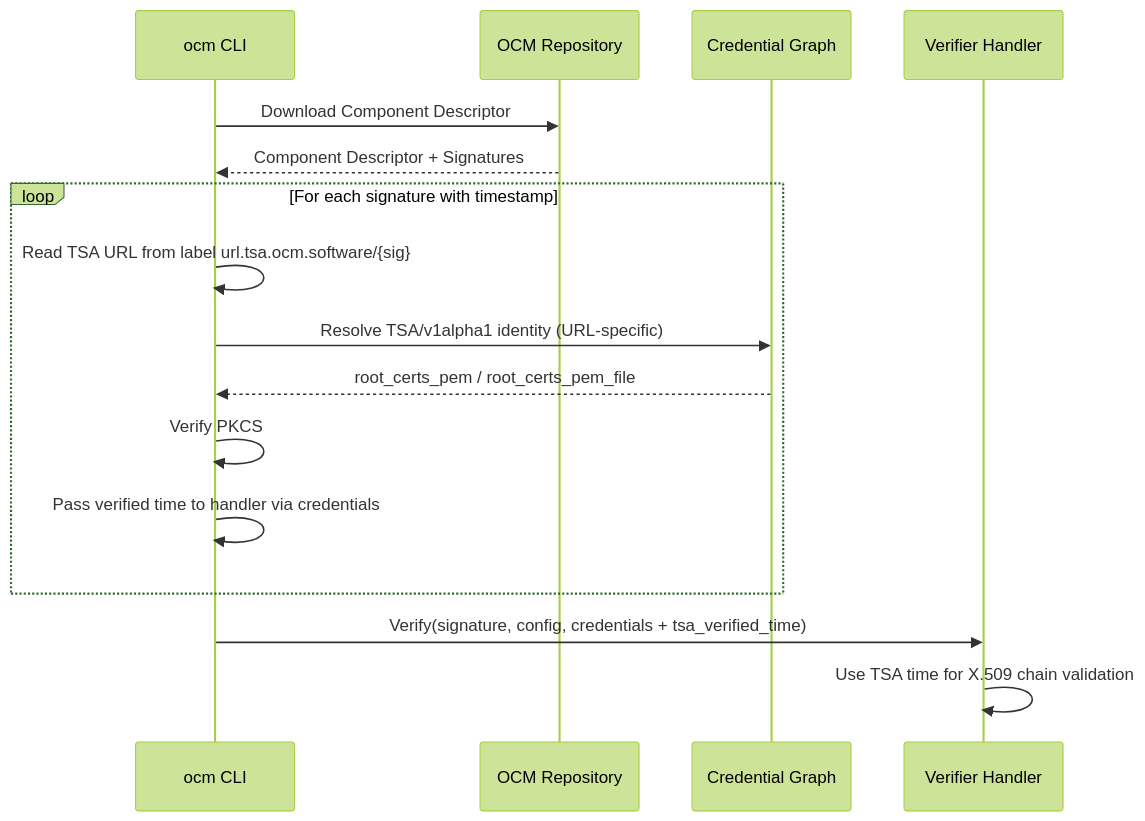
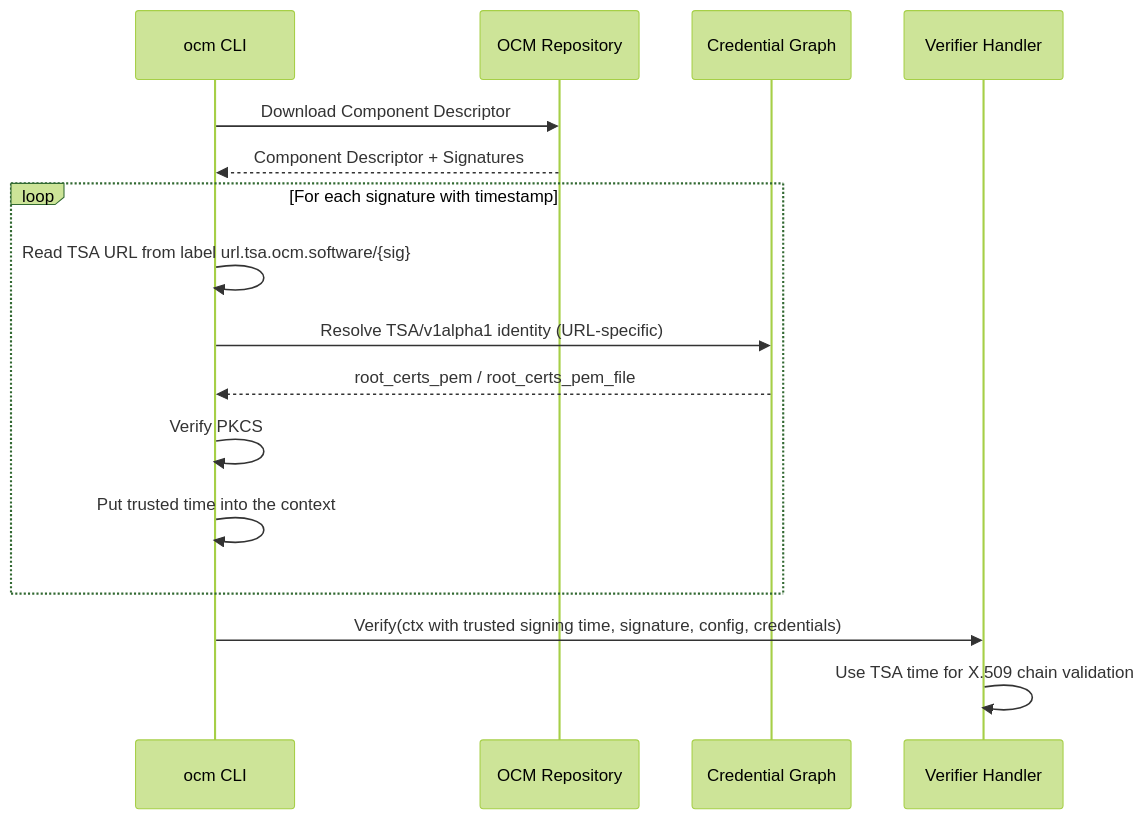
Before and after one commit to open-component-model/open-component-model: the second of 2 diagrams in docs/adr/0032_rfc3161_timestamping.md, drawn with Mermaid (forest theme). The commit also changed other lines of this file and 24 other files, not shown here.

Commit message:
fix(signing): address TSA review feedback

````diff
--- a/docs/adr/0032_rfc3161_timestamping.md
+++ b/docs/adr/0032_rfc3161_timestamping.md
@@ -260,19 +253,19 @@
 ```mermaid
 sequenceDiagram
     participant CLI as ocm CLI
     participant Repo as OCM Repository
     participant Creds as Credential Graph
     participant Handler as Verifier Handler
 
     CLI->>Repo: Download Component Descriptor
     Repo-->>CLI: Component Descriptor + Signatures
     loop For each signature with timestamp
         CLI->>CLI: Read TSA URL from label url.tsa.ocm.software/{sig}
         CLI->>Creds: Resolve TSA/v1alpha1 identity (URL-specific)
         Creds-->>CLI: root_certs_pem / root_certs_pem_file
         CLI->>CLI: Verify PKCS#7 token against digest + root pool
-        CLI->>CLI: Pass verified time to handler via credentials
+        CLI->>CLI: Put trusted time into the context
     end
-    CLI->>Handler: Verify(signature, config, credentials + tsa_verified_time)
+    CLI->>Handler: Verify(ctx with trusted signing time, signature, config, credentials)
     Handler->>Handler: Use TSA time for X.509 chain validation
 ```
````
